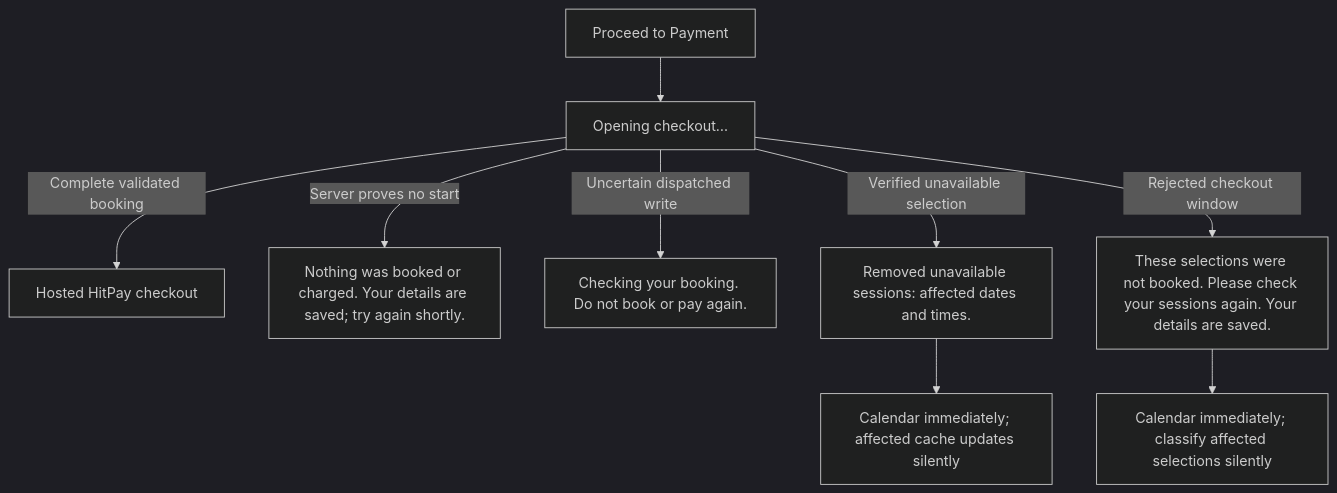
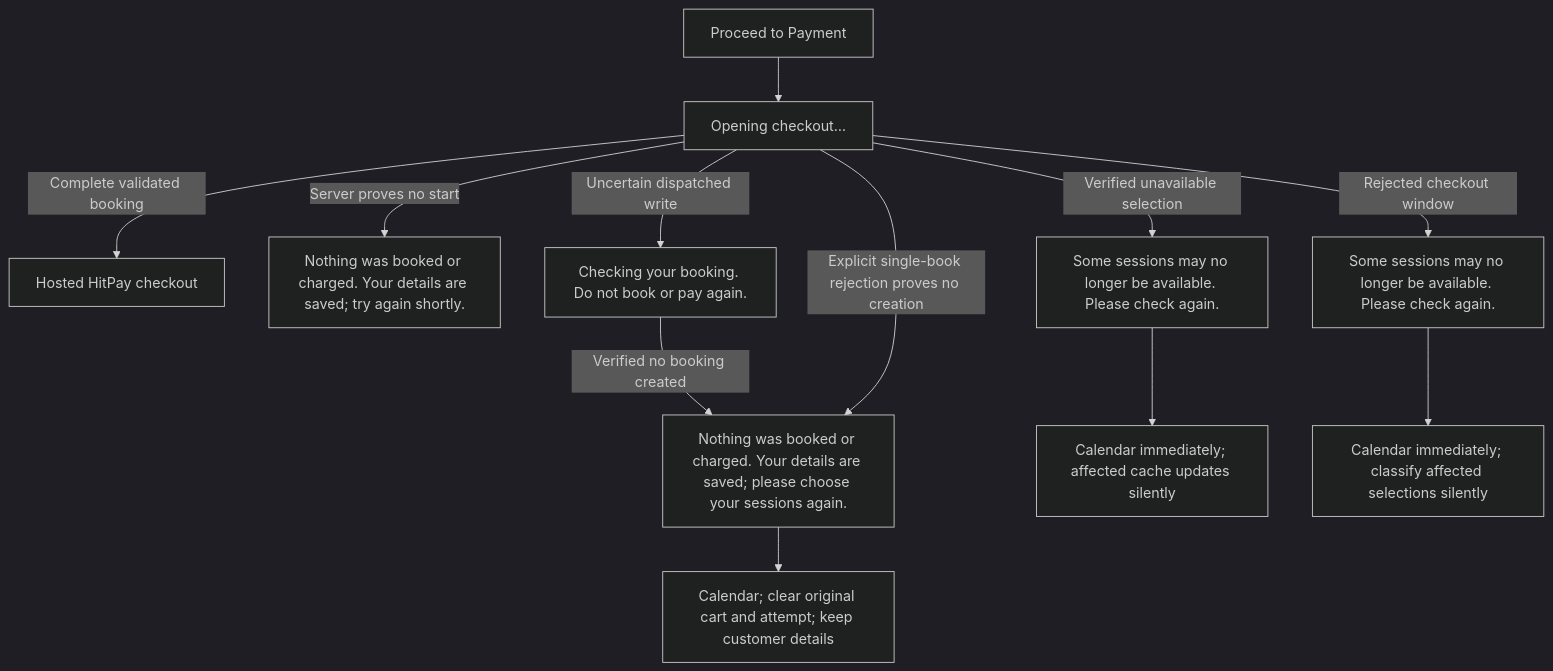
One commit to soccerbotstudiosg/soccerbotstudioSG changed the sixth of 19 diagrams in docs/booking-flows.md. Above: the diagram before and after it, drawn with Mermaid (dark theme). The commit also changed other lines of this file and 63 other files, not shown here.

````diff
--- a/docs/booking-flows.md
+++ b/docs/booking-flows.md
@@ -105,11 +107,14 @@
 ```mermaid
 flowchart TD
   A["Proceed to Payment"] --> B["Opening checkout…"]
   B -->|Complete validated booking| C["Hosted HitPay checkout"]
   B -->|Server proves no start| D["Nothing was booked or charged. Your details are saved; try again shortly."]
   B -->|Uncertain dispatched write| E["Checking your booking. Do not book or pay again."]
-  B -->|Verified unavailable selection| F["Removed unavailable sessions: affected dates and times."]
+  E -->|Verified no booking created| J["Nothing was booked or charged. Your details are saved; please choose your sessions again."]
+  B -->|Explicit single-book rejection proves no creation| J
+  J --> K["Calendar; clear original cart and attempt; keep customer details"]
+  B -->|Verified unavailable selection| F["Some sessions may no longer be available. Please check again."]
   F --> G["Calendar immediately; affected cache updates silently"]
-  B -->|Rejected checkout window| H["These selections were not booked. Please check your sessions again. Your details are saved."]
+  B -->|Rejected checkout window| H["Some sessions may no longer be available. Please check again."]
   H --> I["Calendar immediately; classify affected selections silently"]
 ```
````
